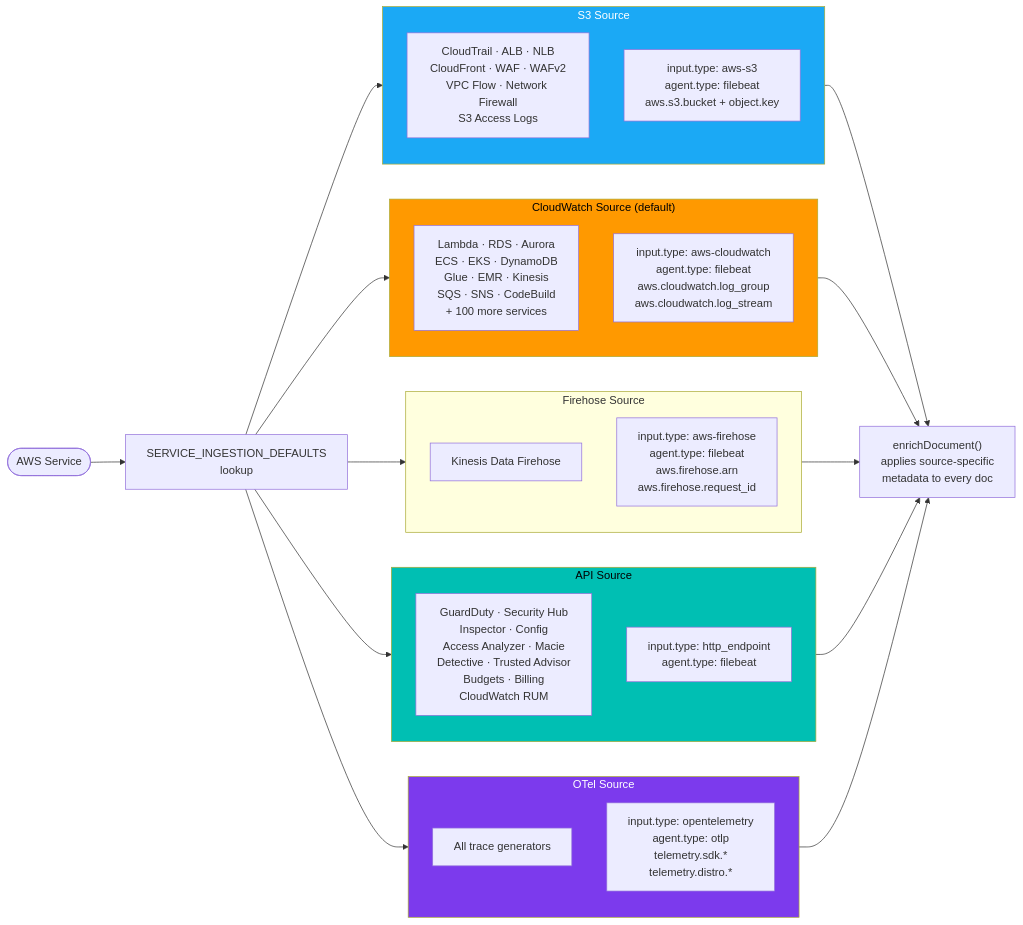
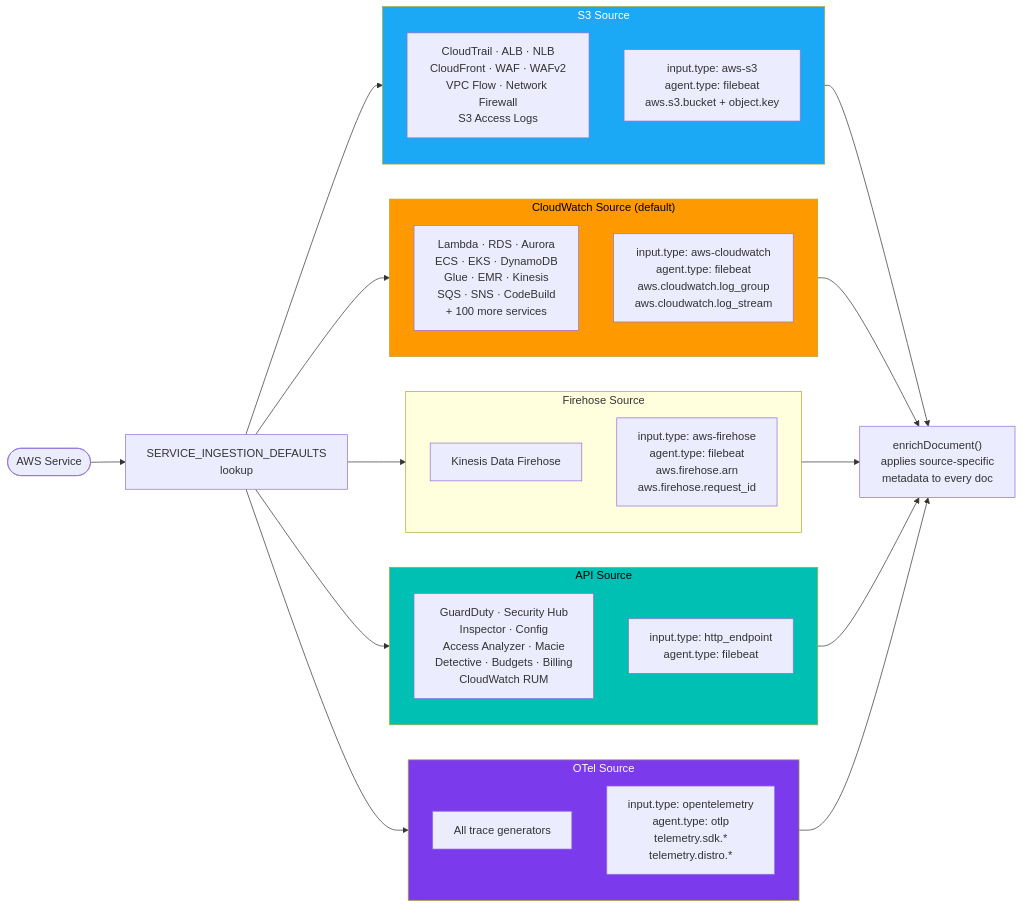
Before and after one commit to rkernutt/cloud-to-elastic-load-generator: diagram 13 of 14 in docs/diagrams.md, drawn with Mermaid. The commit also changed other lines of this file and 1475 other files, not shown here.

````diff
--- a/docs/diagrams.md
+++ b/docs/diagrams.md
@@ -735,43 +730,43 @@
 ```mermaid
 flowchart LR
     SVC(["AWS Service"]) --> LOOKUP["SERVICE_INGESTION_DEFAULTS\nlookup"]
 
     LOOKUP --> S3_SRC & CW_SRC & FH_SRC & API_SRC & OTEL_SRC
 
     subgraph S3_SRC["S3 Source"]
         direction TB
         S3_SVCS["CloudTrail · ALB · NLB\nCloudFront · WAF · WAFv2\nVPC Flow · Network Firewall\nS3 Access Logs"]
         S3_META["input.type: aws-s3\nagent.type: filebeat\naws.s3.bucket + object.key"]
     end
 
     subgraph CW_SRC["CloudWatch Source (default)"]
         direction TB
         CW_SVCS["Lambda · RDS · Aurora\nECS · EKS · DynamoDB\nGlue · EMR · Kinesis\nSQS · SNS · CodeBuild\n+ 100 more services"]
         CW_META["input.type: aws-cloudwatch\nagent.type: filebeat\naws.cloudwatch.log_group\naws.cloudwatch.log_stream"]
     end
 
     subgraph FH_SRC["Firehose Source"]
         direction TB
         FH_SVCS["Kinesis Data Firehose"]
         FH_META["input.type: aws-firehose\nagent.type: filebeat\naws.firehose.arn\naws.firehose.request_id"]
     end
 
     subgraph API_SRC["API Source"]
         direction TB
-        API_SVCS["GuardDuty · Security Hub\nInspector · Config\nAccess Analyzer · Macie\nDetective · Trusted Advisor\nBudgets · Billing\nCloudWatch RUM"]
+        API_SVCS["GuardDuty · Security Hub\nInspector · Config\nAccess Analyzer · Macie\nDetective · Budgets · Billing\nCloudWatch RUM"]
         API_META["input.type: http_endpoint\nagent.type: filebeat"]
     end
 
     subgraph OTEL_SRC["OTel Source"]
         direction TB
         OTEL_SVCS["All trace generators"]
         OTEL_META["input.type: opentelemetry\nagent.type: otlp\ntelemetry.sdk.*\ntelemetry.distro.*"]
     end
 
     S3_SRC & CW_SRC & FH_SRC & API_SRC & OTEL_SRC --> ENRICH["enrichDocument()\napplies source-specific\nmetadata to every doc"]
 
     style CW_SRC fill:#FF9900,color:#000
     style S3_SRC fill:#1BA9F5,color:#fff
     style API_SRC fill:#00BFB3,color:#000
     style OTEL_SRC fill:#7C3AED,color:#fff
 ```
````
